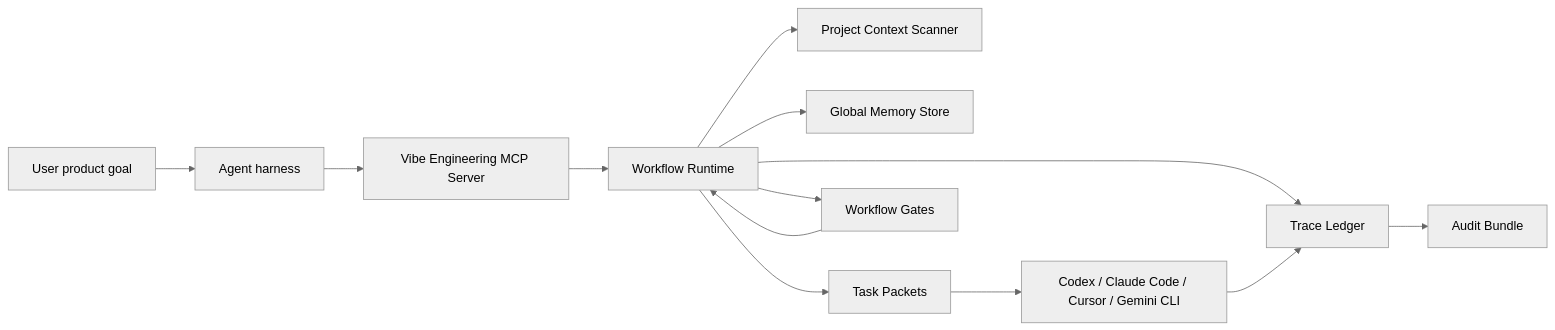
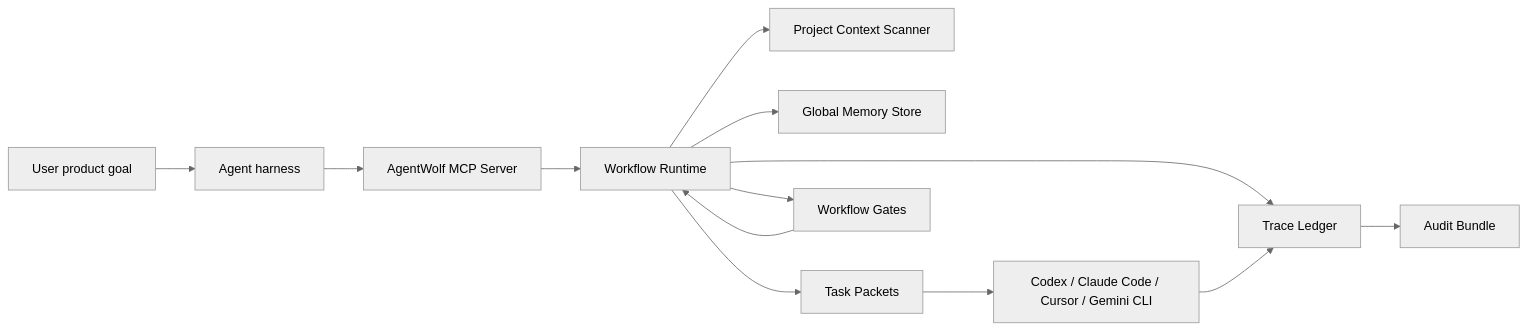
One commit to PercivalLin/ai-engineering-workflow changed the diagram in docs/architecture.md. Above: the diagram before and after it, drawn with Mermaid (neutral theme). The commit also changed other lines of this file and 40 other files, not shown here.

Commit message:
Rename project to AgentWolf

````diff
--- a/docs/architecture.md
+++ b/docs/architecture.md
@@ -7,15 +7,15 @@
 ```mermaid
 flowchart LR
   User["User product goal"] --> Agent["Agent harness"]
-  Agent --> MCP["Vibe Engineering MCP Server"]
+  Agent --> MCP["AgentWolf MCP Server"]
   MCP --> Runtime["Workflow Runtime"]
   Runtime --> Context["Project Context Scanner"]
   Runtime --> Memory["Global Memory Store"]
   Runtime --> Trace["Trace Ledger"]
   Runtime --> Packets["Task Packets"]
   Packets --> External["Codex / Claude Code / Cursor / Gemini CLI"]
   External --> Trace
   Runtime --> Gates["Workflow Gates"]
   Gates --> Runtime
   Trace --> Audit["Audit Bundle"]
 ```
````
